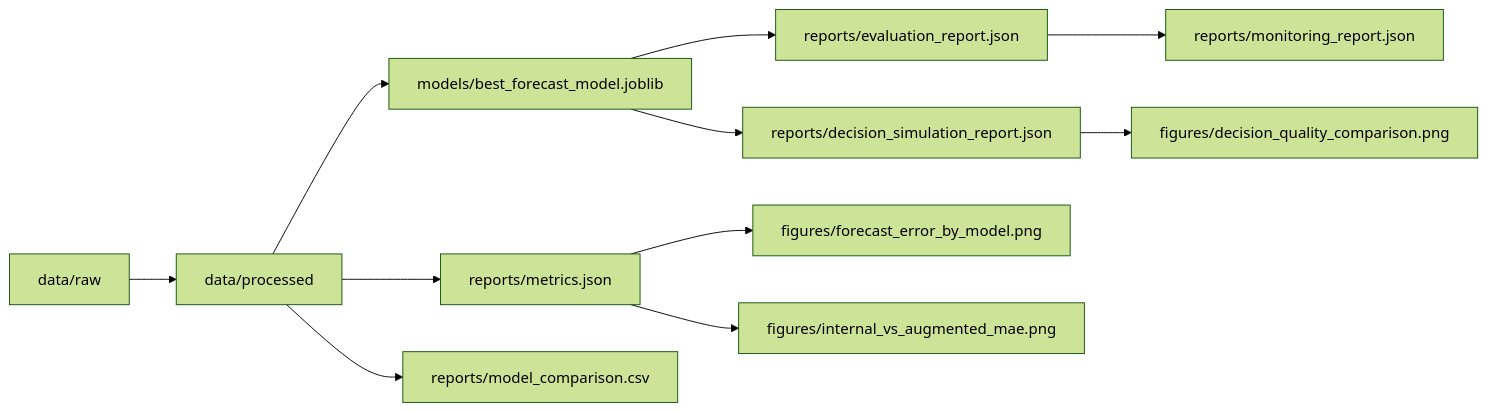
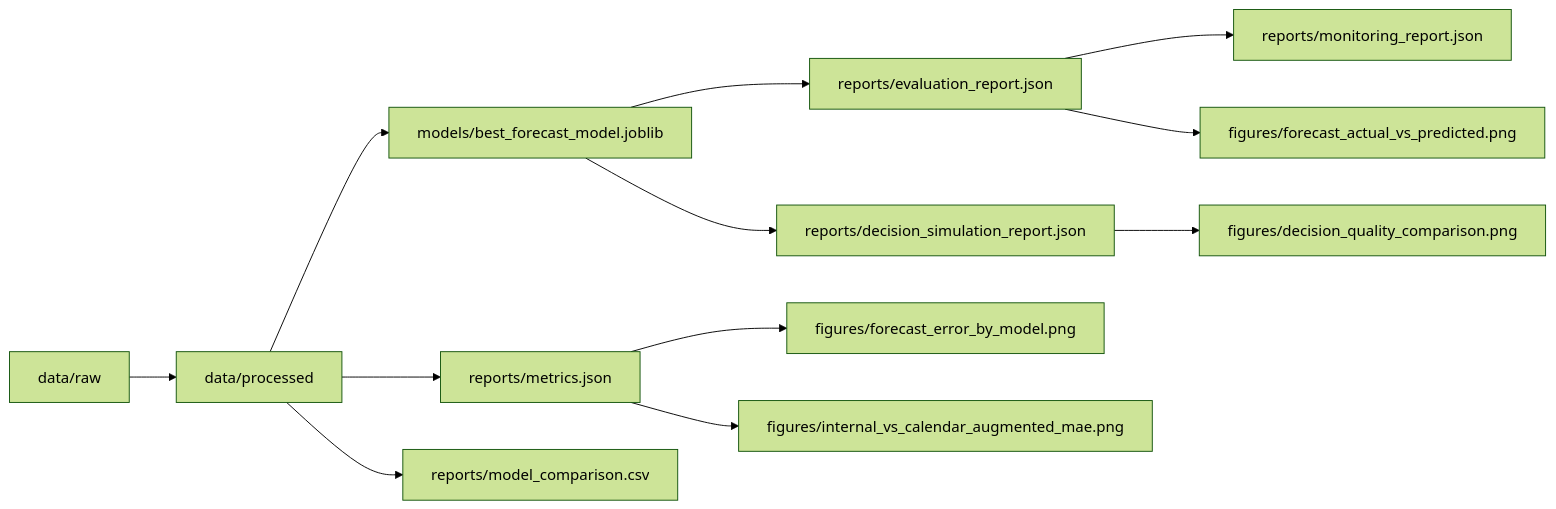
Before and after one commit to Nassar-Coding/Nassar-Coding.github.io: the fourth of 4 diagrams in public-signal-service-forecasting/docs/architecture.md, drawn with Mermaid (forest theme). The commit also changed other lines of this file and 32 other files, not shown here.

````diff
--- a/public-signal-service-forecasting/docs/architecture.md
+++ b/public-signal-service-forecasting/docs/architecture.md
@@ -78,13 +78,14 @@
 ```mermaid
 flowchart LR
     R[data/raw] --> P[data/processed]
     P --> M[models/best_forecast_model.joblib]
     P --> RM[reports/metrics.json]
     P --> MC[reports/model_comparison.csv]
     M --> ER[reports/evaluation_report.json]
     M --> DS[reports/decision_simulation_report.json]
     ER --> MO[reports/monitoring_report.json]
     RM --> F1[figures/forecast_error_by_model.png]
-    RM --> F2[figures/internal_vs_augmented_mae.png]
+    RM --> F2[figures/internal_vs_calendar_augmented_mae.png]
     DS --> F3[figures/decision_quality_comparison.png]
+    ER --> F4[figures/forecast_actual_vs_predicted.png]
 ```
````
